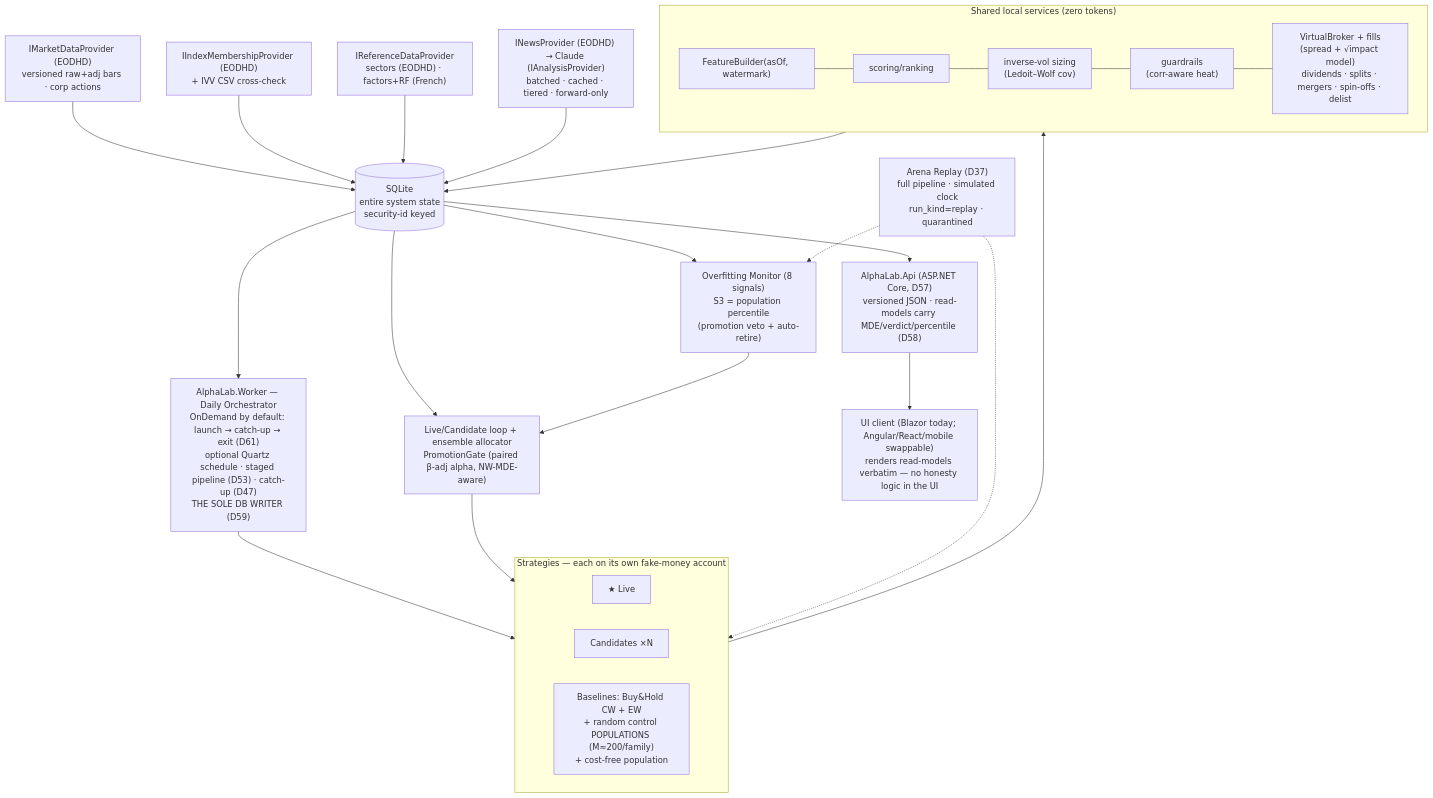
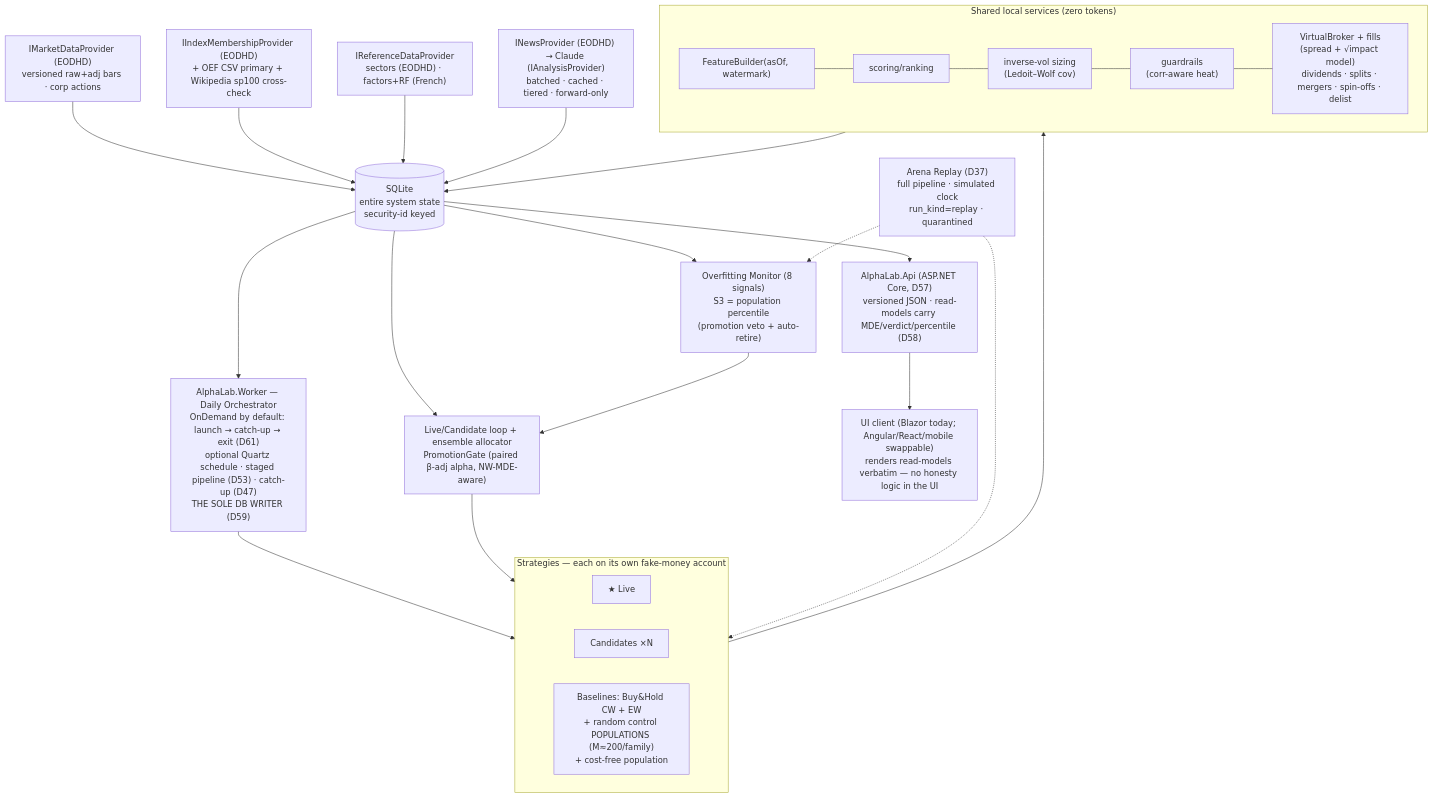
One commit to masalasev-ops/AlphaFinanceLab changed the second of 3 diagrams in docs/MASTER_DESIGN_v1.9.md. Above: the diagram before and after it, drawn with Mermaid. The commit also changed other lines of this file and 23 other files, not shown here.

````diff
--- a/docs/MASTER_DESIGN_v1.9.md
+++ b/docs/MASTER_DESIGN_v1.9.md
@@ -127,27 +127,27 @@
 ```mermaid
 flowchart TB
     MD["IMarketDataProvider (EODHD)<br/>versioned raw+adj bars · corp actions"] --> STORE[("SQLite<br/>entire system state<br/>security-id keyed")]
-    IM["IIndexMembershipProvider (EODHD)<br/>+ IVV CSV cross-check"] --> STORE
+    IM["IIndexMembershipProvider (EODHD)<br/>+ OEF CSV primary + Wikipedia sp100 cross-check"] --> STORE
     RD["IReferenceDataProvider<br/>sectors (EODHD) · factors+RF (French)"] --> STORE
     NEWS["INewsProvider (EODHD) → Claude (IAnalysisProvider)<br/>batched · cached · tiered · forward-only"] --> STORE
     STORE --> ORCH["AlphaLab.Worker — Daily Orchestrator<br/>OnDemand by default: launch → catch-up → exit (D61)<br/>optional Quartz schedule · staged pipeline (D53) · catch-up (D47)<br/>THE SOLE DB WRITER (D59)"]
     subgraph STRATS["Strategies — each on its own fake-money account"]
         direction LR
         LIVE["★ Live"]
         CAND["Candidates ×N"]
         BASE["Baselines: Buy&Hold CW + EW<br/>+ random control POPULATIONS (M≈200/family)<br/>+ cost-free population"]
     end
     ORCH --> STRATS
     subgraph CORE["Shared local services (zero tokens)"]
         FEAT["FeatureBuilder(asOf, watermark)"] --- SCORE["scoring/ranking"] --- SIZE["inverse-vol sizing<br/>(Ledoit–Wolf cov)"] --- GUARD["guardrails<br/>(corr-aware heat)"] --- BROKER["VirtualBroker + fills<br/>(spread + √impact model)<br/>dividends · splits · mergers · spin-offs · delist"]
     end
     STRATS --> CORE --> STORE
     STORE --> SELF["Live/Candidate loop + ensemble allocator<br/>PromotionGate (paired β-adj alpha, NW-MDE-aware)"]
     OFM["Overfitting Monitor (8 signals)<br/>S3 = population percentile<br/>(promotion veto + auto-retire)"] --> SELF
     STORE --> OFM
     SELF --> STRATS
     STORE --> API["AlphaLab.Api (ASP.NET Core, D57)<br/>versioned JSON · read-models carry MDE/verdict/percentile (D58)"]
     API --> UI["UI client (Blazor today; Angular/React/mobile swappable)<br/>renders read-models verbatim — no honesty logic in the UI"]
     REPLAY["Arena Replay (D37)<br/>full pipeline · simulated clock<br/>run_kind=replay · quarantined"] -.-> STRATS
     REPLAY -.-> OFM
 ```
````
